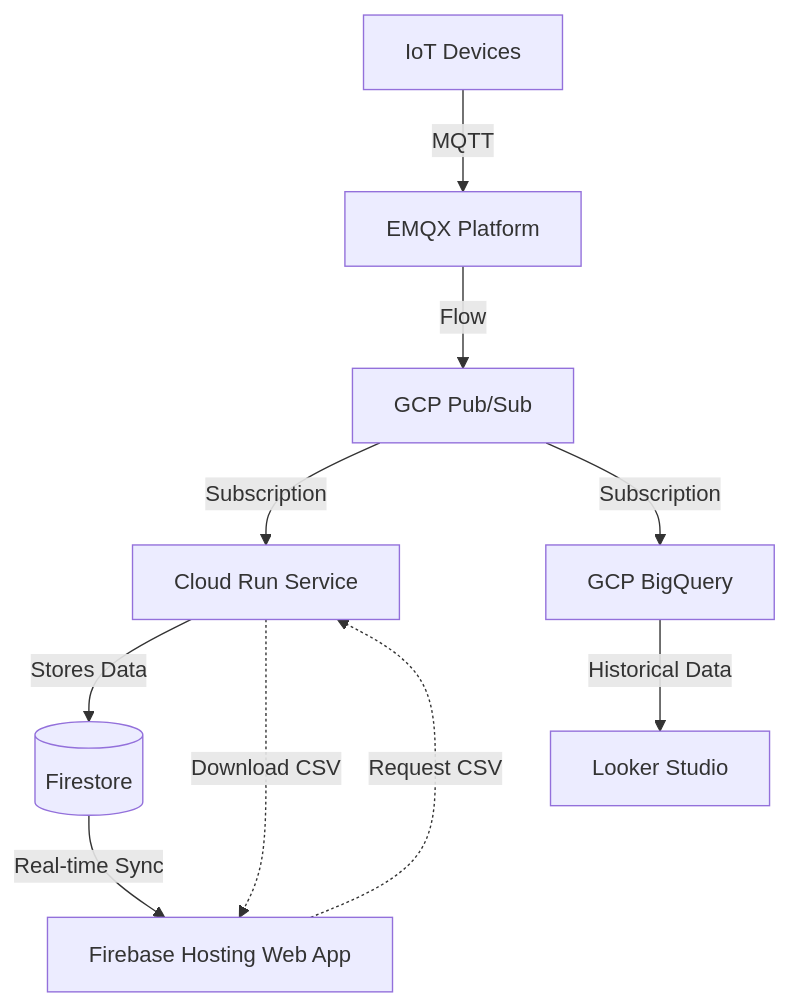
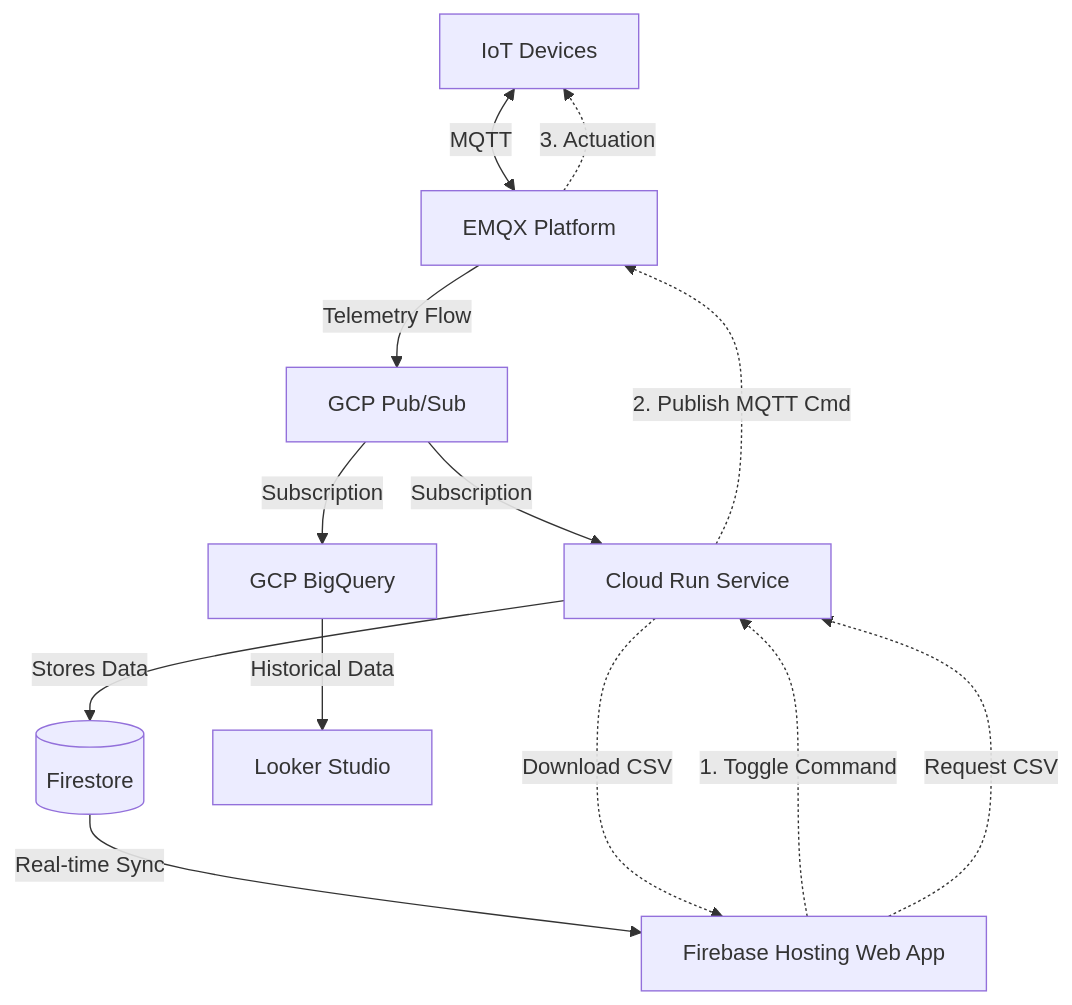
One commit to jggomez/iot-monitoring-system-serverless changed the diagram in README.md. Above: the diagram before and after it, drawn with Mermaid. The commit also changed other lines of this file, not shown here.

Commit message:
docs: update README with remote actuator and command flow architecture

````diff
--- a/README.md
+++ b/README.md
@@ -16,15 +17,20 @@
 ```mermaid
 flowchart TD
-    A[IoT Devices] -->|MQTT| B[EMQX Platform]
-    B -->|Flow| C[GCP Pub/Sub]
+    A[IoT Devices] <-->|MQTT| B[EMQX Platform]
+    B -->|Telemetry Flow| C[GCP Pub/Sub]
     
     C -->|Subscription| D[Cloud Run Service]
     C -->|Subscription| E[GCP BigQuery]
     
     D -->|Stores Data| F[(Firestore)]
     
     F -->|Real-time Sync| G[Firebase Hosting Web App]
+    
+    G -.->|1. Toggle Command| D
+    D -.->|2. Publish MQTT Cmd| B
+    B -.->|3. Actuation| A
+    
     G -.->|Request CSV| D
     D -.->|Download CSV| G
     E -->|Historical Data| H[Looker Studio]
 ```
````
